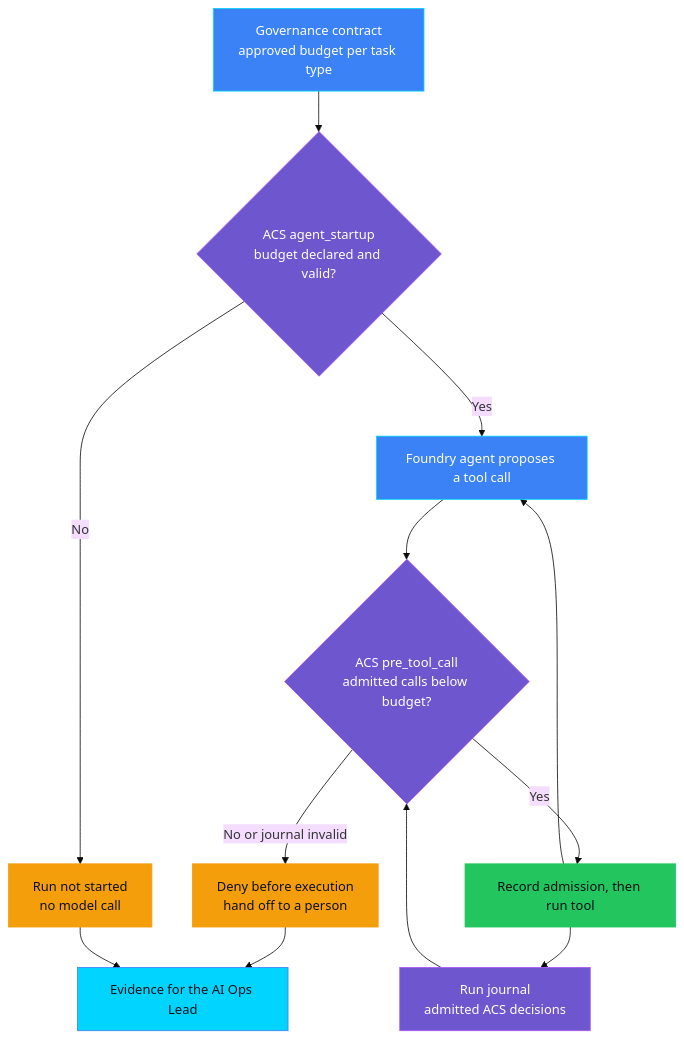
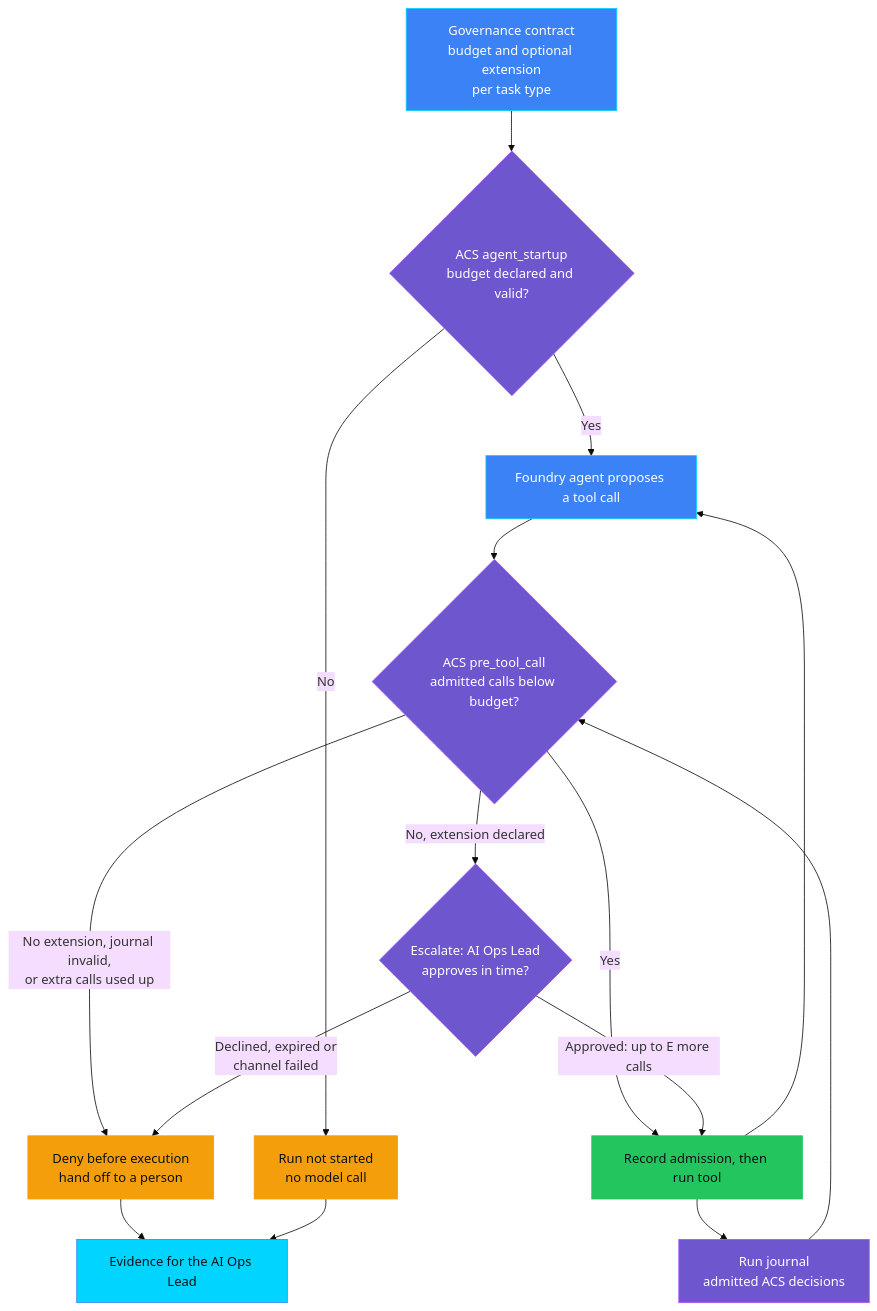
Before and after one commit to doruit/forged-with-foundry: the first of 2 diagrams in controls/tool_governance/TOOL-003_excessive_tool_calls/README.md, drawn with Mermaid (base theme). The commit also changed other lines of this file and 17 other files, not shown here.

````diff
--- a/controls/tool_governance/TOOL-003_excessive_tool_calls/README.md
+++ b/controls/tool_governance/TOOL-003_excessive_tool_calls/README.md
@@ -142,25 +166,28 @@
 ```mermaid
 flowchart TB
-    C[Governance contract<br/>approved budget per task type] --> S{ACS agent_startup<br/>budget declared and valid?}
+    C[Governance contract<br/>budget and optional extension<br/>per task type] --> S{ACS agent_startup<br/>budget declared and valid?}
     S -->|No| N[Run not started<br/>no model call]
     S -->|Yes| M[Foundry agent proposes a tool call]
     M --> P{ACS pre_tool_call<br/>admitted calls below budget?}
     J[Run journal<br/>admitted ACS decisions] --> P
     P -->|Yes| R[Record admission, then run tool]
     R --> J
     R --> M
-    P -->|No or journal invalid| H[Deny before execution<br/>hand off to a person]
+    P -->|No, extension declared| X{Escalate: AI Ops Lead<br/>approves in time?}
+    X -->|Approved: up to E more calls| R
+    P -->|No extension, journal invalid,<br/>or extra calls used up| H[Deny before execution<br/>hand off to a person]
+    X -->|Declined, expired or<br/>channel failed| H
     H --> E[Evidence for the AI Ops Lead]
     N --> E
 
     classDef governance fill:#6E56CF,stroke:#A855F7,color:#FFFFFF
     classDef platform fill:#3B82F6,stroke:#00D4FF,color:#FFFFFF
     classDef success fill:#22C55E,stroke:#22C55E,color:#0D1117
     classDef attention fill:#F59E0B,stroke:#F59E0B,color:#0D1117
     classDef evidence fill:#00D4FF,stroke:#3B82F6,color:#0D1117
-    class S,P,J governance
+    class S,P,J,X governance
     class C,M platform
     class R success
     class N,H attention
     class E evidence
 ```
````
